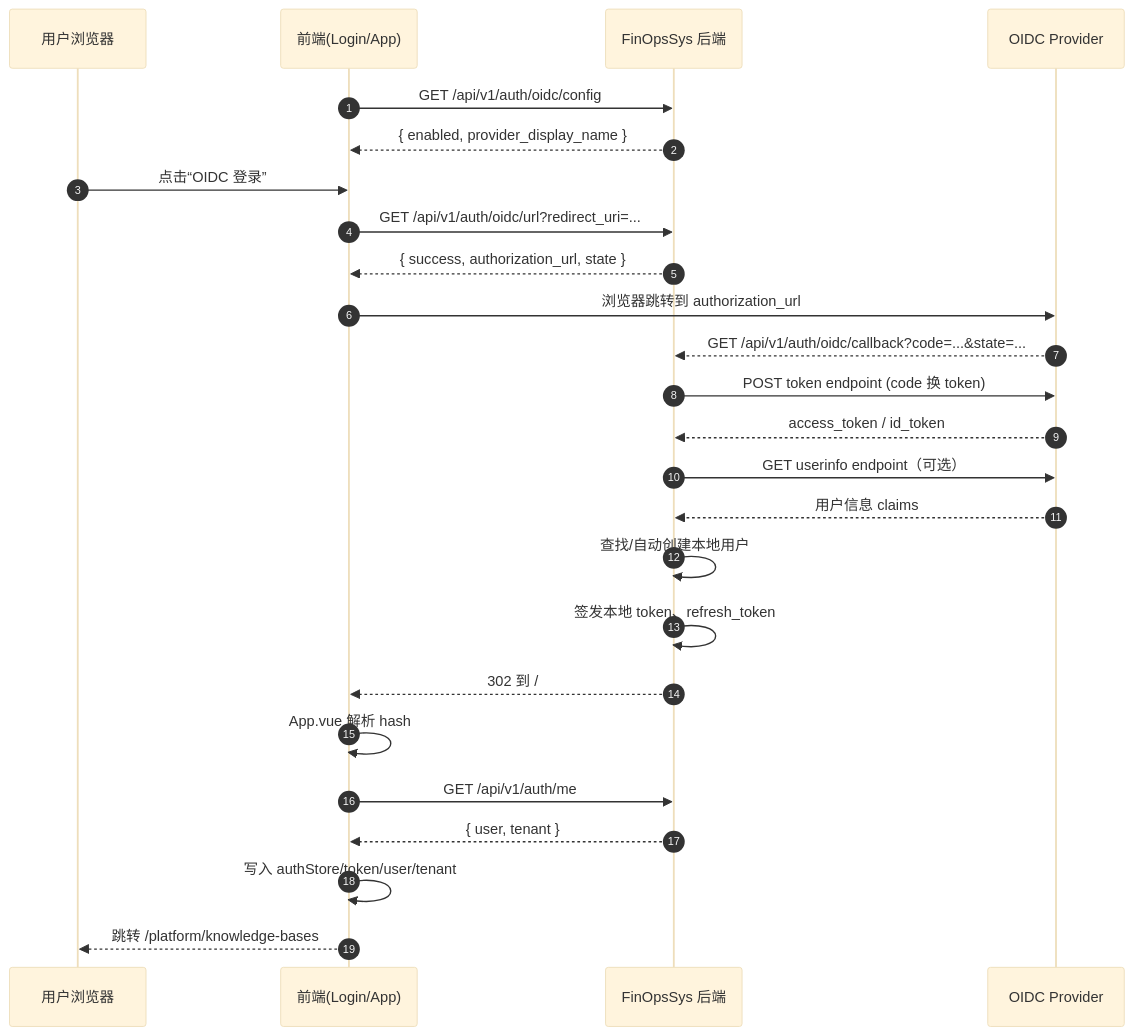
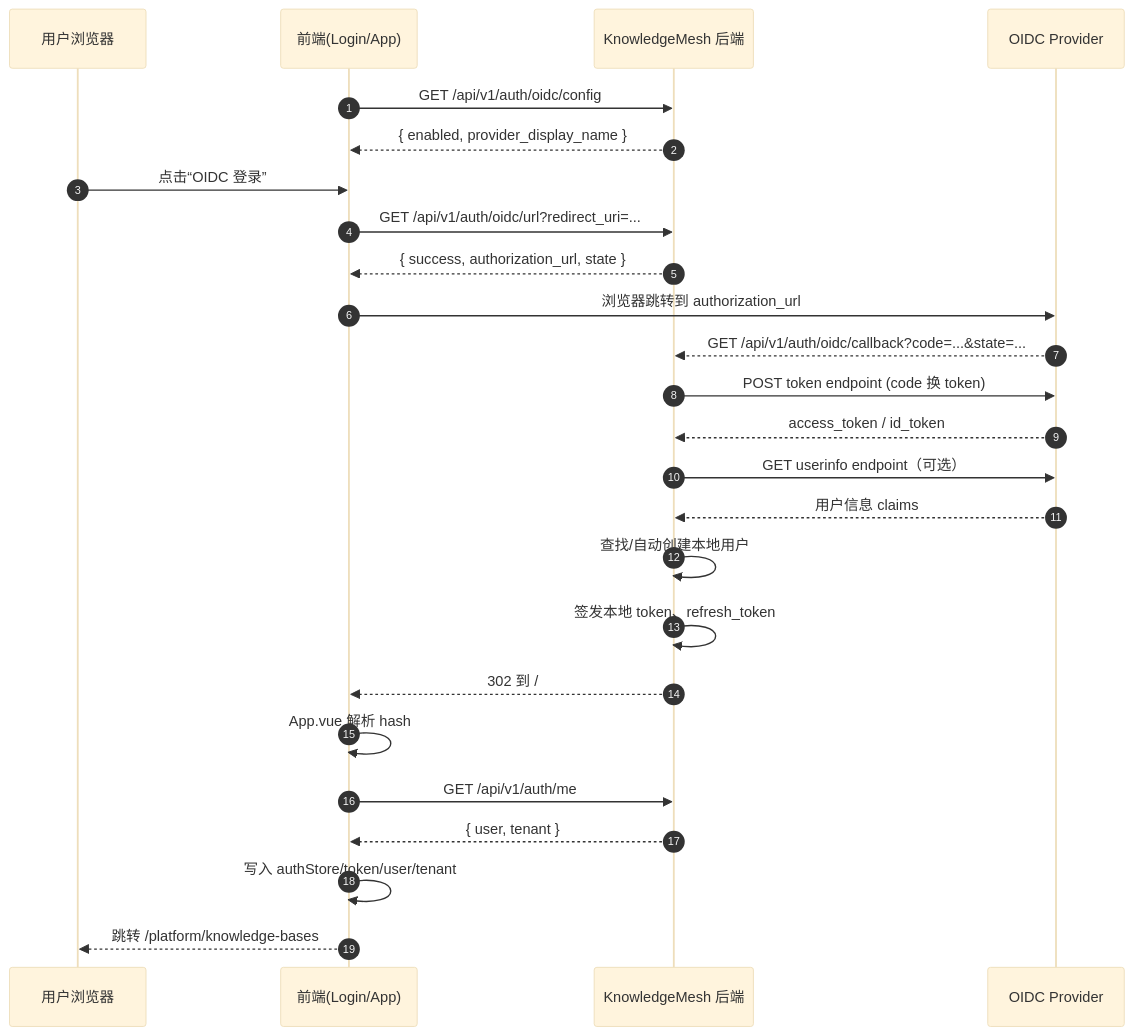
The first of 2 diagrams in docs/OIDC认证调用流程.md (chuanwei2050/WeKnora), drawn with Mermaid (base theme) before and after one commit. The commit also changed other lines of this file and 18 other files, not shown here.

Commit message:
refactor(brand): 将项目英文名更名为 KnowledgeMesh

````diff
--- a/docs/OIDC认证调用流程.md
+++ b/docs/OIDC认证调用流程.md
@@ -69,32 +69,32 @@
 ```mermaid
 sequenceDiagram
     autonumber
     participant U as 用户浏览器
     participant FE as 前端(Login/App)
-    participant BE as FinOpsSys 后端
+    participant BE as KnowledgeMesh 后端
     participant OP as OIDC Provider
 
     FE->>BE: GET /api/v1/auth/oidc/config
     BE-->>FE: { enabled, provider_display_name }
 
     U->>FE: 点击“OIDC 登录”
     FE->>BE: GET /api/v1/auth/oidc/url?redirect_uri=...
     BE-->>FE: { success, authorization_url, state }
     FE->>OP: 浏览器跳转到 authorization_url
 
     OP-->>BE: GET /api/v1/auth/oidc/callback?code=...&state=...
     BE->>OP: POST token endpoint (code 换 token)
     OP-->>BE: access_token / id_token
     BE->>OP: GET userinfo endpoint（可选）
     OP-->>BE: 用户信息 claims
 
     BE->>BE: 查找/自动创建本地用户
     BE->>BE: 签发本地 token、refresh_token
     BE-->>FE: 302 到 /#oidc_result=...
 
     FE->>FE: App.vue 解析 hash
     FE->>BE: GET /api/v1/auth/me
     BE-->>FE: { user, tenant }
     FE->>FE: 写入 authStore/token/user/tenant
     FE-->>U: 跳转 /platform/knowledge-bases
 ```
````
